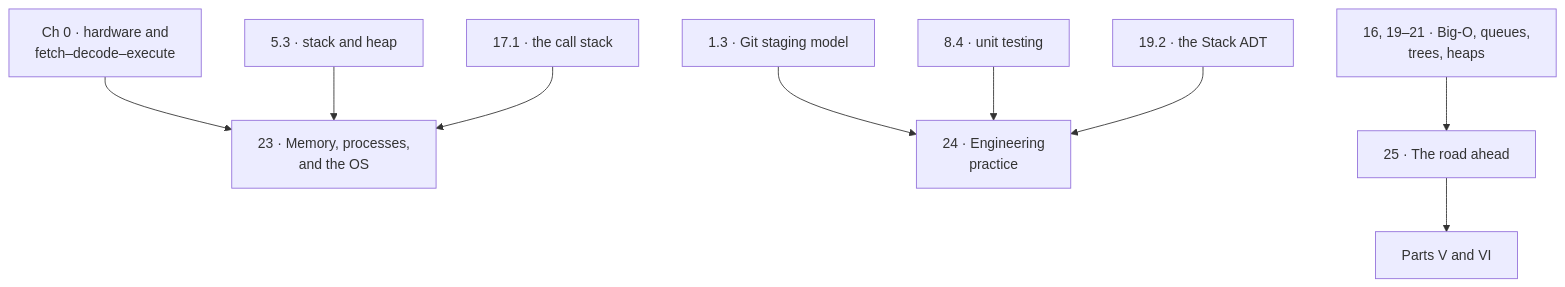
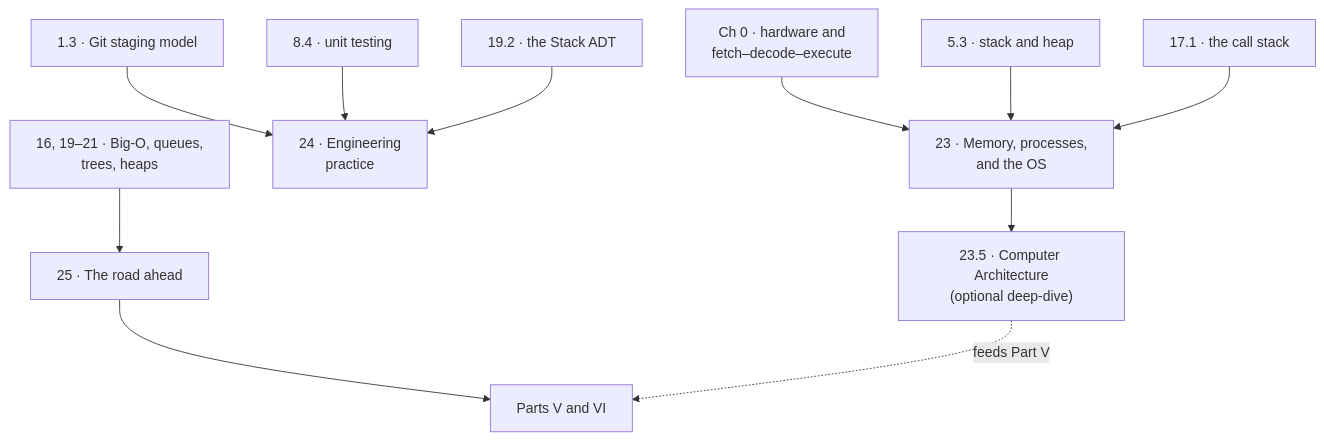
One commit to dongzhaohe321418-lab/programming-handbook changed the diagram in docs/part4-overview.md. Above: the diagram before and after it, drawn with Mermaid. The commit also changed other lines of this file and 2 other files, not shown here.

First line of the commit message:
Make Chapter 23.5 discoverable: concept index, book map, Part IV overview

````diff
--- a/docs/part4-overview.md
+++ b/docs/part4-overview.md
@@ -98,14 +108,16 @@
 ```mermaid
 flowchart TD
     e00["Ch 0 · hardware and<br/>fetch–decode–execute"] --> c23
     e05["5.3 · stack and heap"] --> c23
     e17["17.1 · the call stack"] --> c23
     e13["1.3 · Git staging model"] --> c24
     e84["8.4 · unit testing"] --> c24
     e19["19.2 · the Stack ADT"] --> c24
     e16["16, 19–21 · Big-O, queues,<br/>trees, heaps"] --> c25
     c23["23 · Memory, processes,<br/>and the OS"]
     c24["24 · Engineering<br/>practice"]
     c25["25 · The road ahead"]
     c25 --> nxt["Parts V and VI"]
+    c23 --> a235["23.5 · Computer Architecture<br/>(optional deep-dive)"]
+    a235 -. "feeds Part V" .-> nxt
 ```
````
